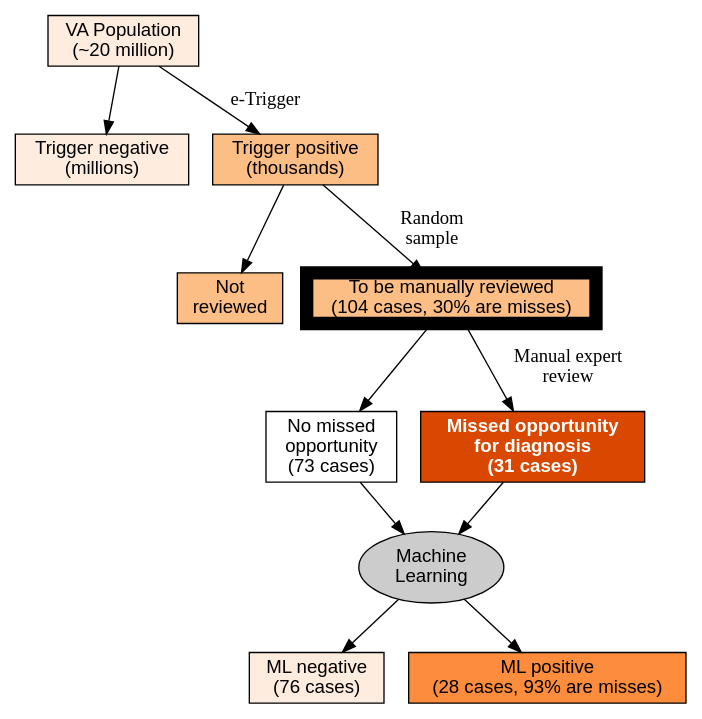
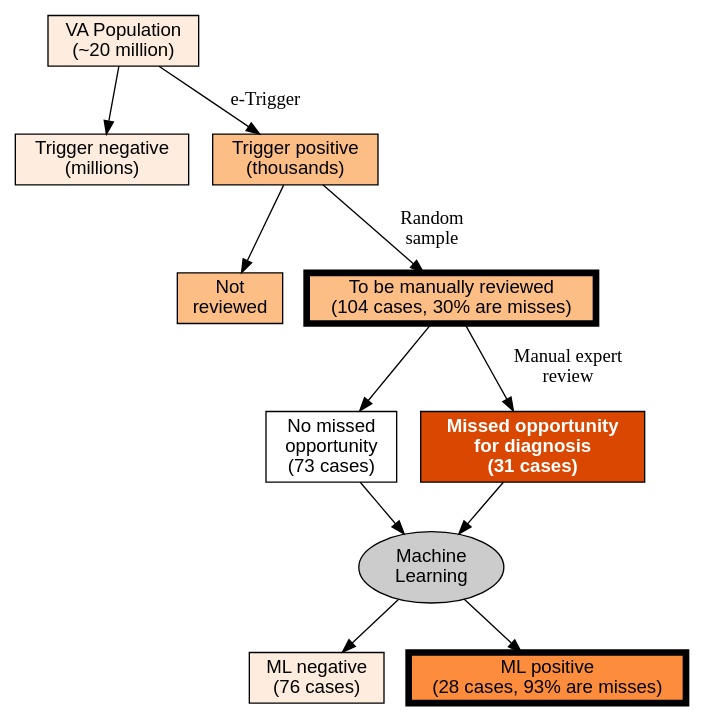
One commit to zimolzak/ml-detect-diagnostic-safety changed the diagram in AndyZimolzak/flow-colors-sparser.dot. Above: the diagram before and after it, drawn with Graphviz.

Commit message:
bold outlines

```diff
--- a/AndyZimolzak/flow-colors-sparser.dot
+++ b/AndyZimolzak/flow-colors-sparser.dot
@@ -1,43 +1,43 @@
 digraph G {
 
 node [style = filled, fillcolor="white", fontname="Helvetica", colorscheme="oranges4"]
   //rankdir = "LR";
 
 // Rectangles for number of charts
 
 twentyMillion [shape="rectangle", label="VA Population\n(~20 million)", fillcolor=1];
 millionsNeg [shape="rectangle", label="Trigger negative\n(millions)", fillcolor=1];
 thousands [shape="rectangle", label="Trigger positive\n(thousands)", fillcolor=2];
 
 notReview [shape="rectangle" label="Not\nreviewed", fillcolor=2];
-hundredReview [shape="rectangle", label="To be manually reviewed\n(104 cases, 30% are misses)", fillcolor=2, penwidth=10];
+hundredReview [shape="rectangle", label="To be manually reviewed\n(104 cases, 30% are misses)", fillcolor=2, penwidth=5];
 
 noMissedOD [shape="rectangle", label="No missed\nopportunity\n(73 cases)"];
 MissedOD [shape="rectangle", label="Missed opportunity\nfor diagnosis\n(31 cases)", fillcolor=4, fontcolor="white", fontname="Helvetica-Bold"];
 
 mlneg [shape="rectangle", fillcolor=1, label="ML negative\n(76 cases)"];
-mlpos [shape="rectangle", fillcolor=3, label="ML positive\n(28 cases, 93% are misses)"];  // color 3 is used only for ML +
+mlpos [shape="rectangle", fillcolor=3, label="ML positive\n(28 cases, 93% are misses)", penwidth=5];  // color 3 is used only for ML +
 
 ML [fillcolor="#cccccc", label="Machine\nLearning"];
 
 
 
 
 // Edges
 
 twentyMillion -> millionsNeg;
 twentyMillion -> thousands [label="e-Trigger"];
 
 thousands -> notReview;
 thousands -> hundredReview [label="Random\nsample"];
 
 hundredReview -> noMissedOD;
 hundredReview -> MissedOD [label="Manual expert\nreview"];
 
 noMissedOD -> ML;
 MissedOD -> ML;
 
 ML -> mlneg;
 ML -> mlpos;
 
 }
```
